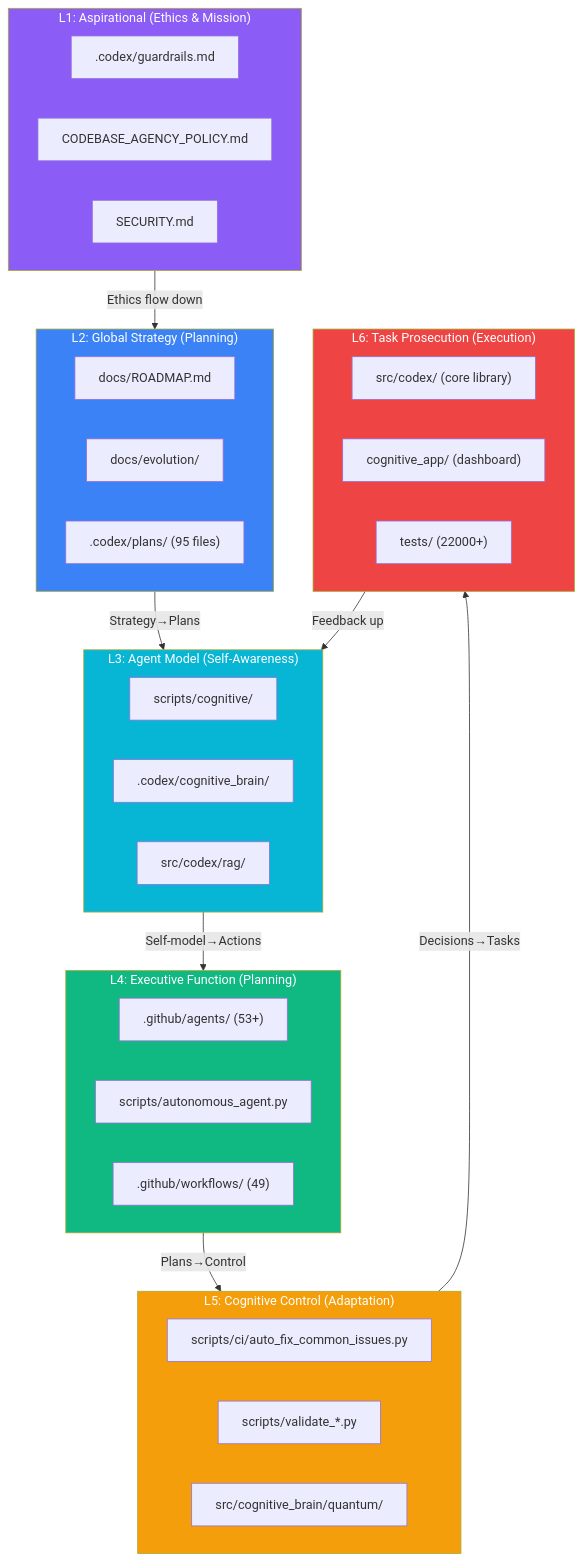
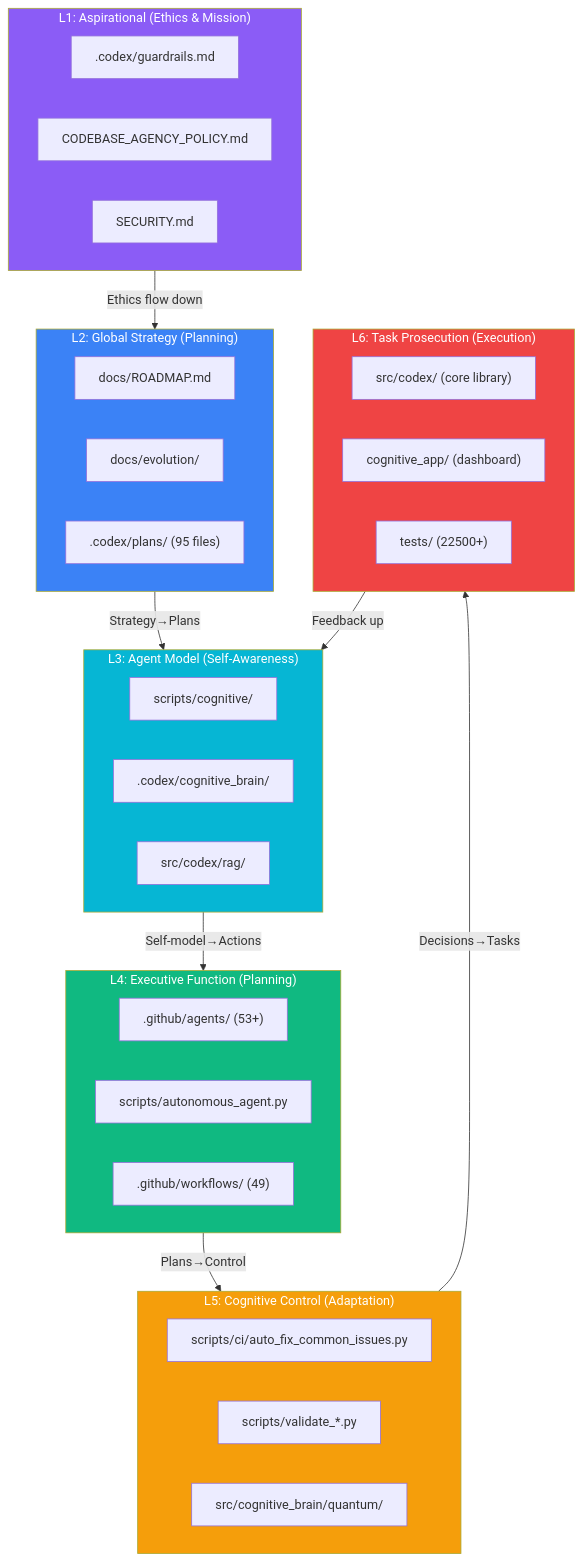
Before and after one commit to Aries-Serpent/_codex_: the diagram in docs/evolution/COGNITIVE_CODEBASE_MAP.md, drawn with Mermaid. The commit also changed 5 other files, not shown here.

````diff
--- a/docs/evolution/COGNITIVE_CODEBASE_MAP.md
+++ b/docs/evolution/COGNITIVE_CODEBASE_MAP.md
@@ -12,52 +12,52 @@
 ```mermaid
 graph TD
     subgraph L1["L1: Aspirational (Ethics & Mission)"]
         E1[".codex/guardrails.md"]
         E2["CODEBASE_AGENCY_POLICY.md"]
         E3["SECURITY.md"]
     end
 
     subgraph L2["L2: Global Strategy (Planning)"]
         S1["docs/ROADMAP.md"]
         S2["docs/evolution/"]
         S3[".codex/plans/ (95 files)"]
     end
 
     subgraph L3["L3: Agent Model (Self-Awareness)"]
         M1["scripts/cognitive/"]
         M2[".codex/cognitive_brain/"]
         M3["src/codex/rag/"]
     end
 
     subgraph L4["L4: Executive Function (Planning)"]
         X1[".github/agents/ (53+)"]
         X2["scripts/autonomous_agent.py"]
         X3[".github/workflows/ (49)"]
     end
 
     subgraph L5["L5: Cognitive Control (Adaptation)"]
         C1["scripts/ci/auto_fix_common_issues.py"]
         C2["scripts/validate_*.py"]
         C3["src/cognitive_brain/quantum/"]
     end
 
     subgraph L6["L6: Task Prosecution (Execution)"]
         T1["src/codex/ (core library)"]
         T2["cognitive_app/ (dashboard)"]
-        T3["tests/ (22000+)"]
+        T3["tests/ (22500+)"]
     end
 
     L1 -->|"Ethics flow down"| L2
     L2 -->|"Strategy→Plans"| L3
     L3 -->|"Self-model→Actions"| L4
     L4 -->|"Plans→Control"| L5
     L5 -->|"Decisions→Tasks"| L6
     L6 -->|"Feedback up"| L3
 
     style L1 fill:#8b5cf6,color:#fff
     style L2 fill:#3b82f6,color:#fff
     style L3 fill:#06b6d4,color:#fff
     style L4 fill:#10b981,color:#fff
     style L5 fill:#f59e0b,color:#fff
     style L6 fill:#ef4444,color:#fff
 ```
````
